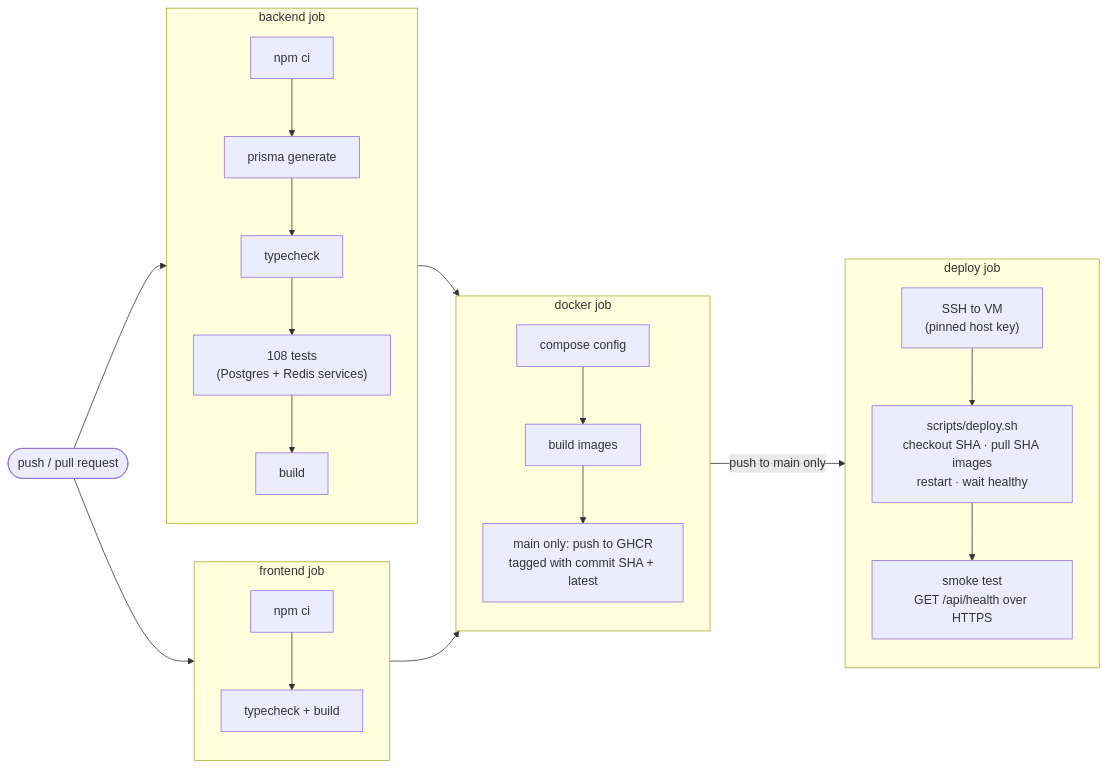
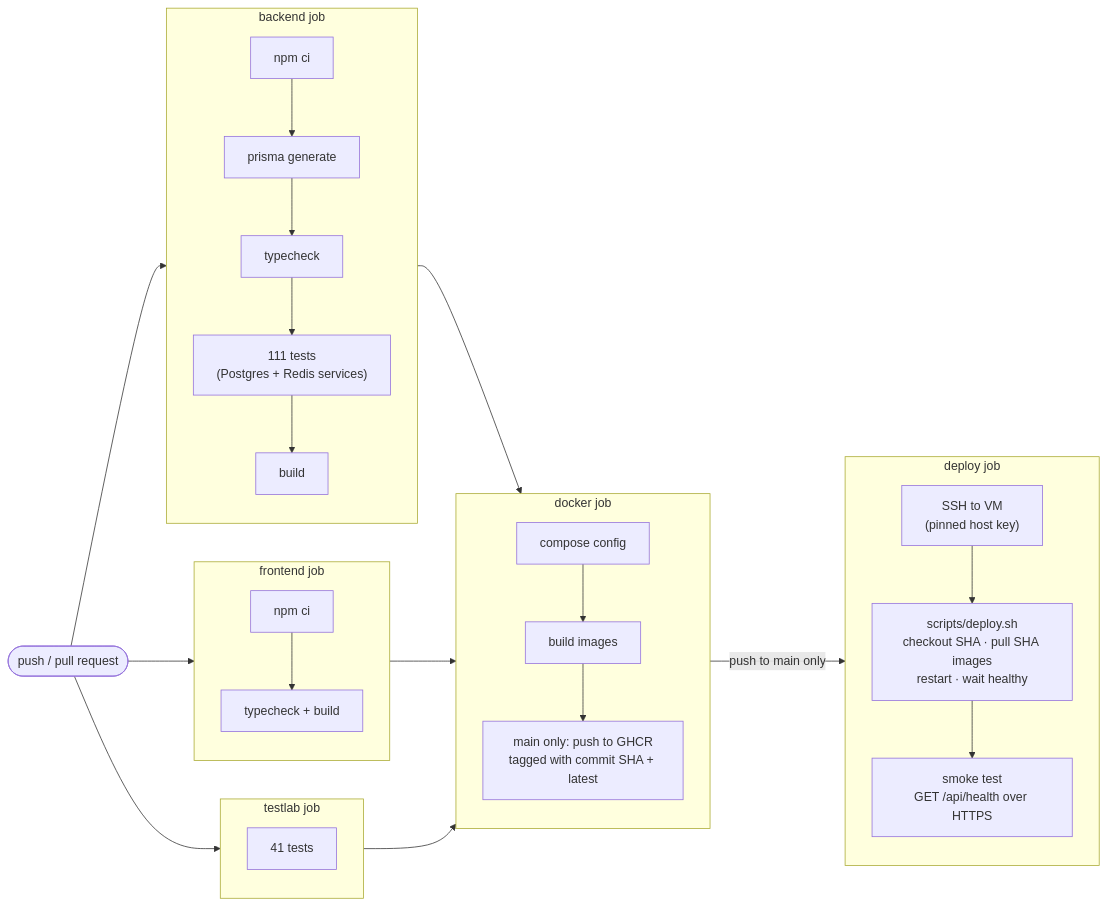
One commit to ashutosh-lodha/UptimeHQ changed the tenth of 11 diagrams in README.md. Above: the diagram before and after it, drawn with Mermaid. The commit also changed other lines of this file and 45 other files, not shown here.

````diff
--- a/README.md
+++ b/README.md
@@ -724,18 +798,21 @@
 ```mermaid
 flowchart LR
-    push(["push / pull request"]) --> be & fe
+    push(["push / pull request"]) --> be & fe & tl
     subgraph be["backend job"]
-        b1["npm ci"] --> b2["prisma generate"] --> b3["typecheck"] --> b4["108 tests<br/>(Postgres + Redis services)"] --> b5["build"]
+        b1["npm ci"] --> b2["prisma generate"] --> b3["typecheck"] --> b4["111 tests<br/>(Postgres + Redis services)"] --> b5["build"]
     end
     subgraph fe["frontend job"]
         f1["npm ci"] --> f2["typecheck + build"]
     end
-    be & fe --> dk
+    subgraph tl["testlab job"]
+        t1["41 tests"]
+    end
+    be & fe & tl --> dk
     subgraph dk["docker job"]
         d1["compose config"] --> d2["build images"] --> d3["main only: push to GHCR<br/>tagged with commit SHA + latest"]
     end
     dk -->|"push to main only"| dp
     subgraph dp["deploy job"]
         p1["SSH to VM<br/>(pinned host key)"] --> p2["scripts/deploy.sh<br/>checkout SHA · pull SHA images<br/>restart · wait healthy"] --> p3["smoke test<br/>GET /api/health over HTTPS"]
     end
 ```
````
